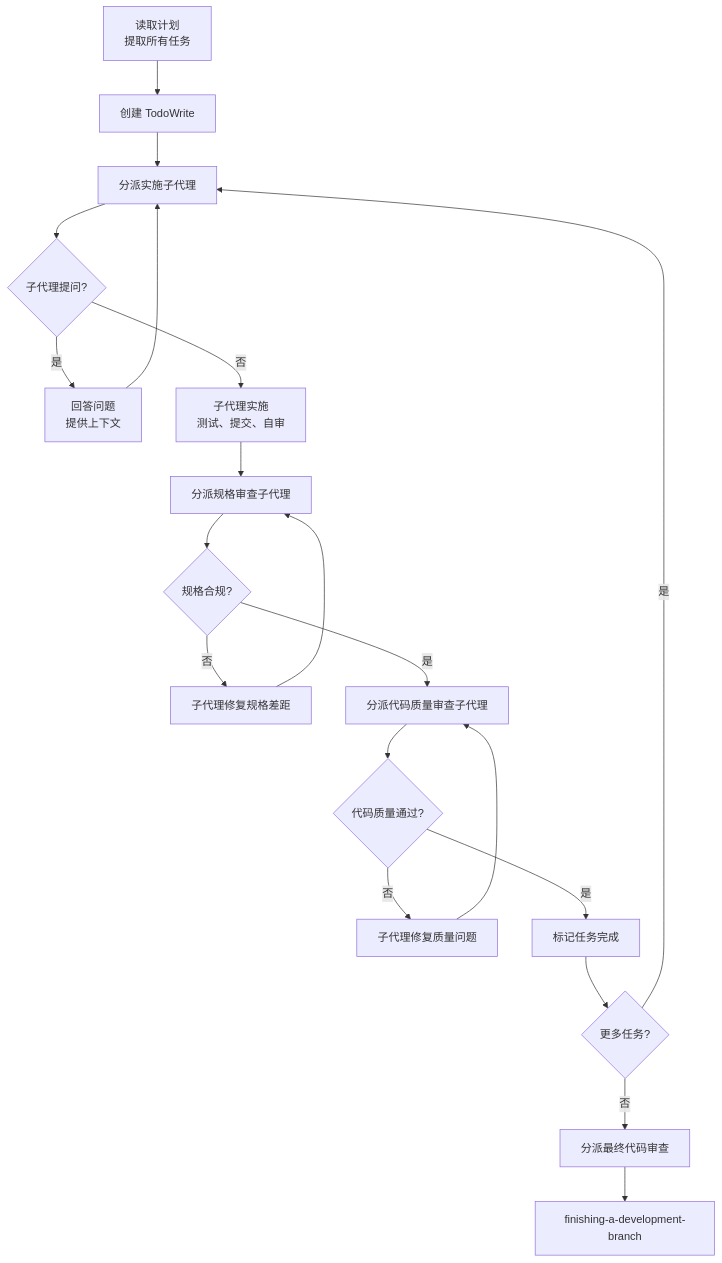
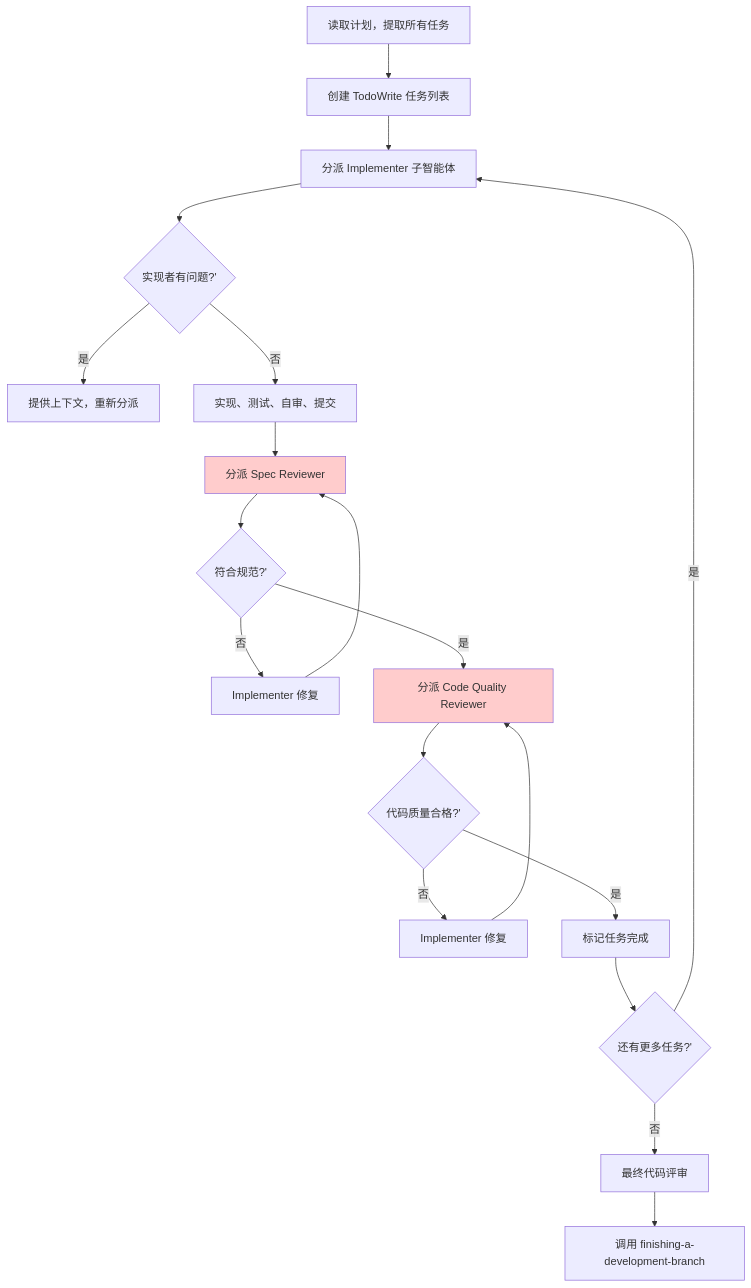
The diagram in project-wiki/superpowers/pages/subagent-driven-development.md (dragonforce2010/awesome-ai-repos-deepwiki), drawn with Mermaid before and after one commit. The commit also changed other lines of this file and 26 other files, not shown here.

````diff
--- a/project-wiki/superpowers/pages/subagent-driven-development.md
+++ b/project-wiki/superpowers/pages/subagent-driven-development.md
@@ -24,22 +21,24 @@
 ```mermaid
-graph TD
-    A["读取计划<br/>提取所有任务"] --> B["创建 TodoWrite"]
-    B --> C["分派实施子代理"]
-    C --> D{"子代理提问?"}
-    D -->|"是"| E["回答问题<br/>提供上下文"]
-    E --> C
-    D -->|"否"| F["子代理实施<br/>测试、提交、自审"]
-    F --> G["分派规格审查子代理"]
-    G --> H{"规格合规?"}
-    H -->|"否"| I["子代理修复规格差距"]
+flowchart TD
+    A["读取计划，提取所有任务"] --> B["创建 TodoWrite 任务列表"]
+    B --> C["分派 Implementer 子智能体"]
+    C --> D{"实现者有问题?'"}
+    D -->|"是"| E["提供上下文，重新分派"]
+    D -->|"否"| F["实现、测试、自审、提交"]
+    F --> G["分派 Spec Reviewer"]
+    G --> H{"符合规范?'"}
+    H -->|"否"| I["Implementer 修复"]
     I --> G
-    H -->|"是"| J["分派代码质量审查子代理"]
-    J --> K{"代码质量通过?"}
-    K -->|"否"| L["子代理修复质量问题"]
+    H -->|"是"| J["分派 Code Quality Reviewer"]
+    J --> K{"代码质量合格?'"}
+    K -->|"否"| L["Implementer 修复"]
     L --> J
     K -->|"是"| M["标记任务完成"]
-    M --> N{"更多任务?"}
+    M --> N{"还有更多任务?'"}
     N -->|"是"| C
-    N -->|"否"| O["分派最终代码审查"]
-    O --> P["finishing-a-development-branch"]
+    N -->|"否"| O["最终代码评审"]
+    O --> P["调用 finishing-a-development-branch"]
+
+    style G fill:#ffcccc
+    style J fill:#ffcccc
 ```
````
